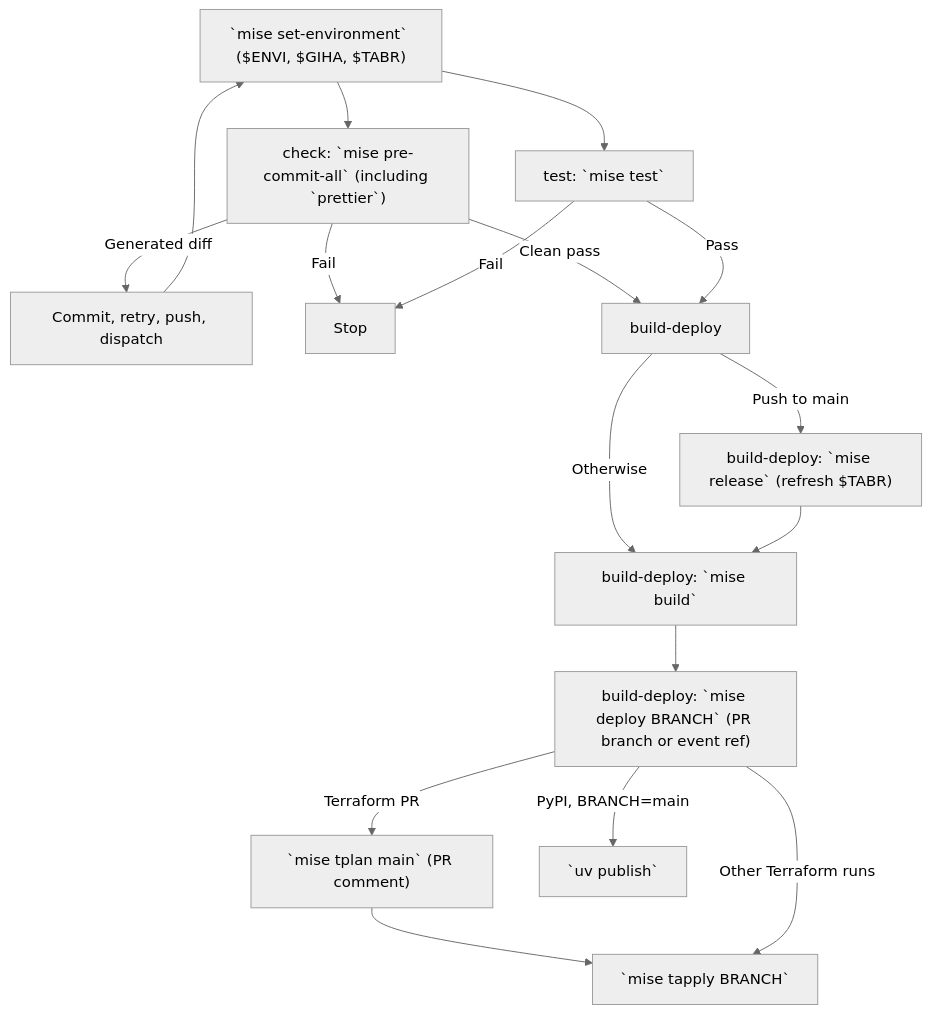
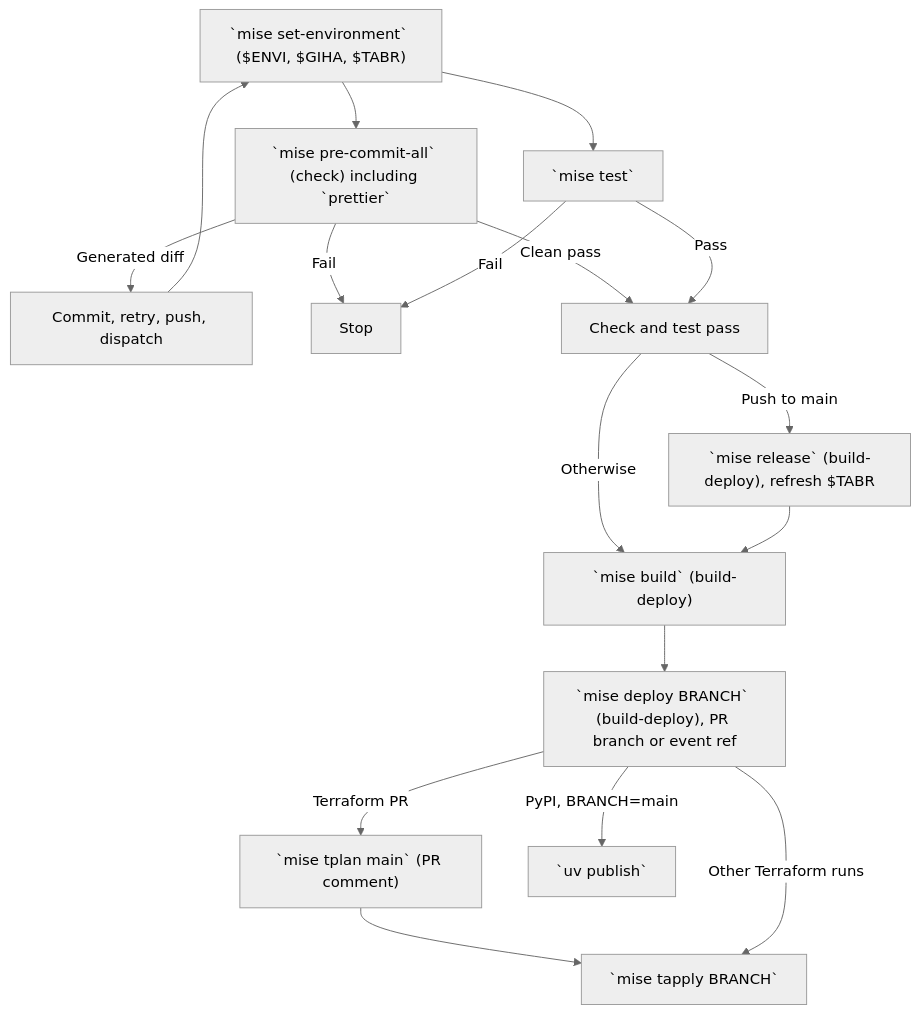
One commit to biobuddies/measles changed the diagram in README.md. Above: the diagram before and after it, drawn with Mermaid (neutral theme).

Commit message:
Put commands first in workflow labels

````diff
--- a/README.md
+++ b/README.md
@@ -78,19 +78,19 @@
 ```mermaid
 flowchart TD
-    Context[" `mise set-environment` ($ENVI, $GIHA, $TABR)"] --> Check["check: `mise pre-commit-all` (including `prettier`)"]
-    Context --> Test["test: `mise test`"]
+    Context[" `mise set-environment` ($ENVI, $GIHA, $TABR)"] --> Check[" `mise pre-commit-all` (check) including `prettier`"]
+    Context --> Test[" `mise test`"]
     Check -- "Generated diff" --> Retry["Commit, retry, push, dispatch"]
     Retry --> Context
     Check -- Fail --> Stop["Stop"]
     Test -- Fail --> Stop
-    Check -- "Clean pass" --> BuildDeploy["build-deploy"]
+    Check -- "Clean pass" --> BuildDeploy["Check and test pass"]
     Test -- Pass --> BuildDeploy
-    BuildDeploy -- "Push to main" --> Release["build-deploy: `mise release` (refresh $TABR)"]
-    BuildDeploy -- Otherwise --> Build["build-deploy: `mise build`"]
+    BuildDeploy -- "Push to main" --> Release[" `mise release` (build-deploy), refresh $TABR"]
+    BuildDeploy -- Otherwise --> Build[" `mise build` (build-deploy)"]
     Release --> Build
-    Build --> Deploy["build-deploy: `mise deploy BRANCH` (PR branch or event ref)"]
+    Build --> Deploy[" `mise deploy BRANCH` (build-deploy), PR branch or event ref"]
     Deploy -- "Terraform PR" --> Plan[" `mise tplan main` (PR comment)"]
     Plan --> Apply[" `mise tapply BRANCH`"]
     Deploy -- "Other Terraform runs" --> Apply
     Deploy -- "PyPI, BRANCH=main" --> Publish[" `uv publish`"]
 ```
````
